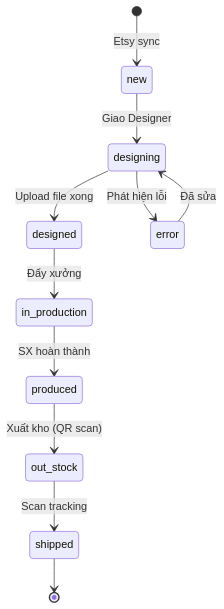
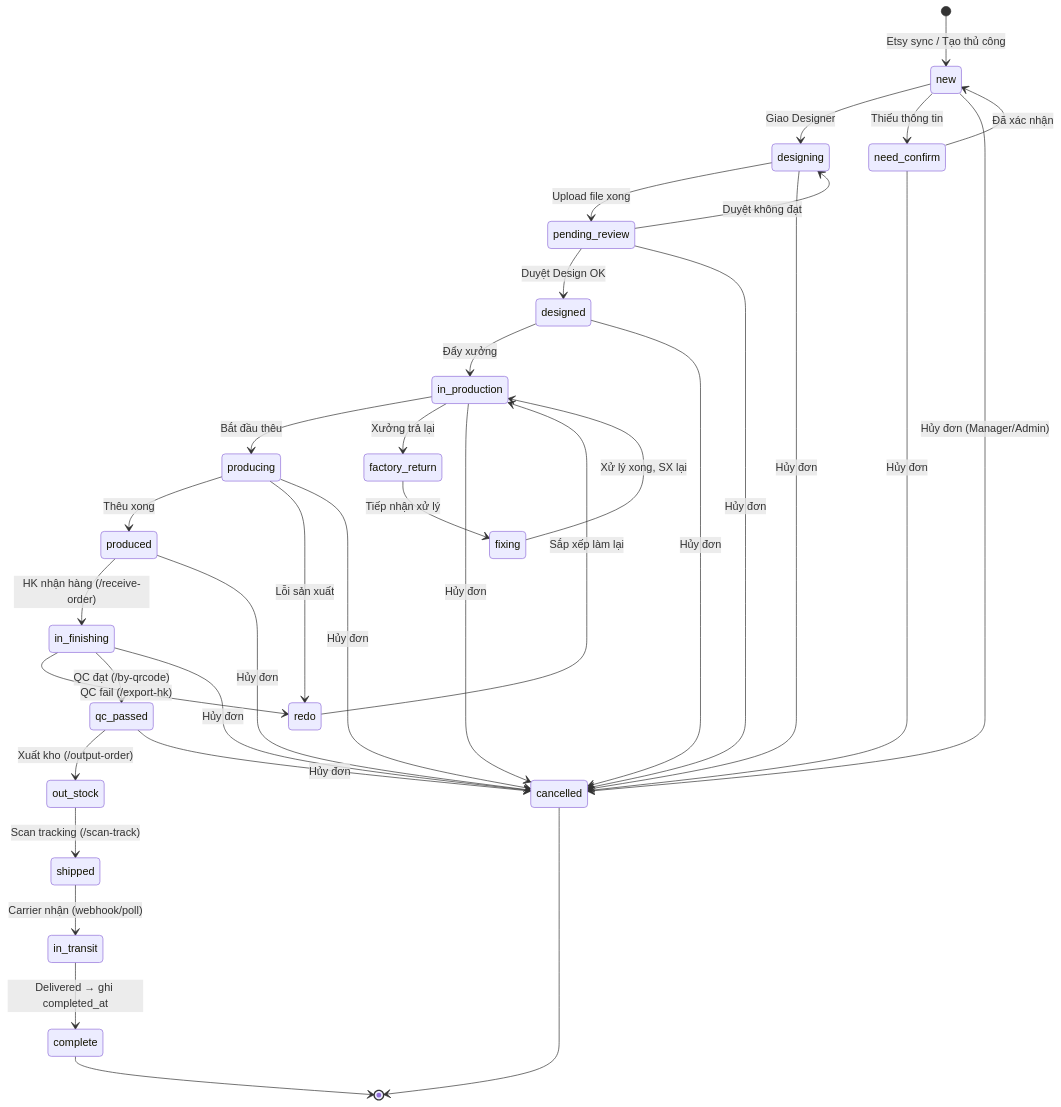
One commit to gioitrongxuan/streamhubs changed the diagram in docs/05-module-nghiep-vu/orders.md. Above: the diagram before and after it, drawn with Mermaid. The commit also changed other lines of this file and 14 other files, not shown here.

````diff
--- a/docs/05-module-nghiep-vu/orders.md
+++ b/docs/05-module-nghiep-vu/orders.md
@@ -100,14 +237,39 @@
 ```mermaid
 stateDiagram-v2
-    [*] --> new : Etsy sync
+    [*] --> new : Etsy sync / Tạo thủ công
     new --> designing : Giao Designer
-    designing --> designed : Upload file xong
+    designing --> pending_review : Upload file xong
+    pending_review --> designed : Duyệt Design OK
+    pending_review --> designing : Duyệt không đạt
     designed --> in_production : Đẩy xưởng
-    in_production --> produced : SX hoàn thành
-    produced --> out_stock : Xuất kho (QR scan)
-    out_stock --> shipped : Scan tracking
-    shipped --> [*]
+    in_production --> producing : Bắt đầu thêu
+    producing --> produced : Thêu xong
+    produced --> in_finishing : HK nhận hàng (/receive-order)
+    in_finishing --> redo : QC fail (/export-hk)
+    in_finishing --> qc_passed : QC đạt (/by-qrcode)
+    qc_passed --> out_stock : Xuất kho (/output-order)
+    out_stock --> shipped : Scan tracking (/scan-track)
+    shipped --> in_transit : Carrier nhận (webhook/poll)
+    in_transit --> complete : Delivered → ghi completed_at
+    complete --> [*]
 
-    designing --> error : Phát hiện lỗi
-    error --> designing : Đã sửa
+    producing --> redo : Lỗi sản xuất
+    redo --> in_production : Sắp xếp làm lại
+    in_production --> factory_return : Xưởng trả lại
+    factory_return --> fixing : Tiếp nhận xử lý
+    fixing --> in_production : Xử lý xong, SX lại
+    new --> need_confirm : Thiếu thông tin
+    need_confirm --> new : Đã xác nhận
+
+    new --> cancelled : Hủy đơn (Manager/Admin)
+    need_confirm --> cancelled : Hủy đơn
+    designing --> cancelled : Hủy đơn
+    pending_review --> cancelled : Hủy đơn
+    designed --> cancelled : Hủy đơn
+    in_production --> cancelled : Hủy đơn
+    producing --> cancelled : Hủy đơn
+    produced --> cancelled : Hủy đơn
+    in_finishing --> cancelled : Hủy đơn
+    qc_passed --> cancelled : Hủy đơn
+    cancelled --> [*]
 ```
````
